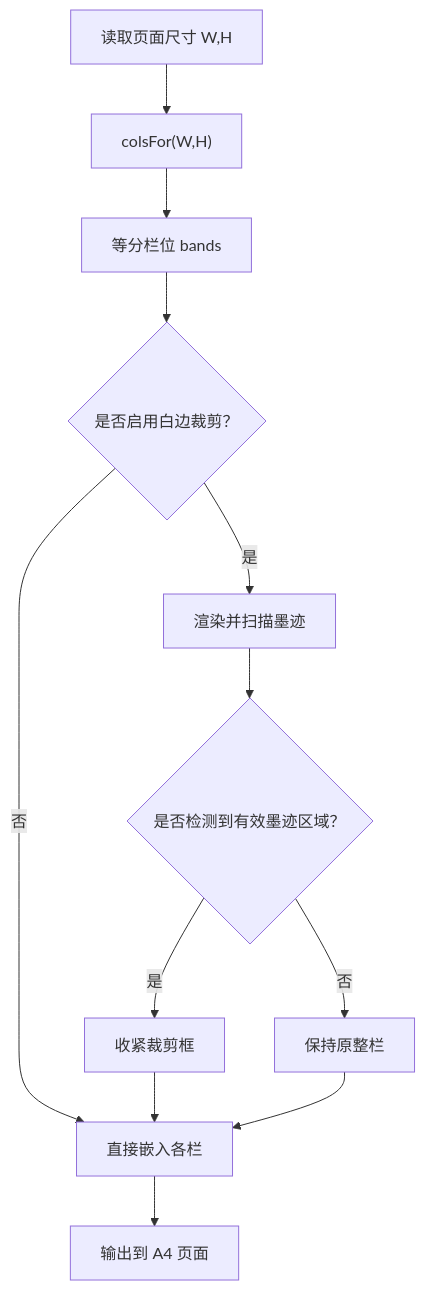
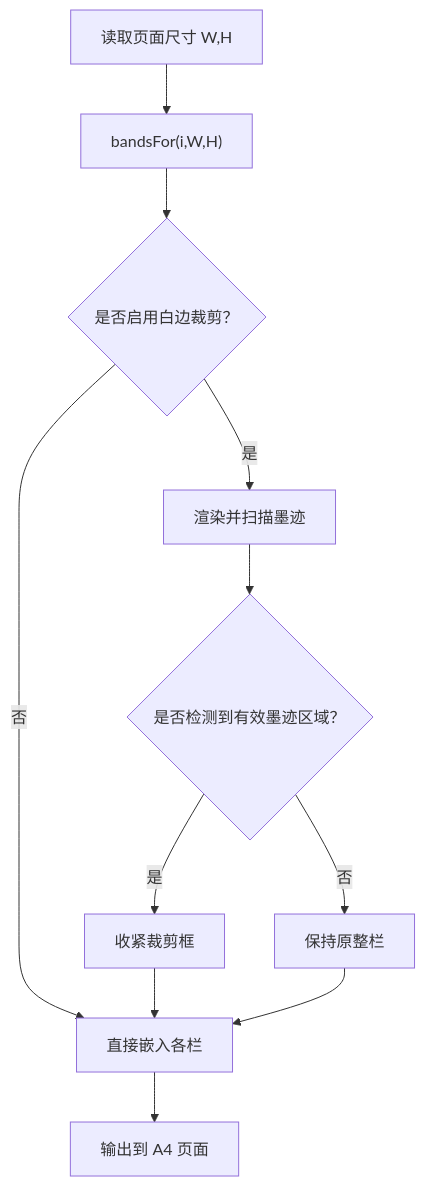
One commit to wzh8080/PDFTools changed the eighth of 9 diagrams in .qoder/repowiki/zh/content/PDF处理引擎/智能栏数识别.md. Above: the diagram before and after it, drawn with Mermaid. The commit also changed other lines of this file and 29 other files, not shown here.

````diff
--- a/.qoder/repowiki/zh/content/PDF处理引擎/智能栏数识别.md
+++ b/.qoder/repowiki/zh/content/PDF处理引擎/智能栏数识别.md
@@ -243,14 +383,13 @@
 ```mermaid
 flowchart TD
-PageStart["读取页面尺寸 W,H"] --> Cols["colsFor(W,H)"]
-Cols --> Bands["等分栏位 bands"]
+PageStart["读取页面尺寸 W,H"] --> Bands["bandsFor(i,W,H)"]
 Bands --> TrimCheck{"是否启用白边裁剪？"}
 TrimCheck --> |否| Embed["直接嵌入各栏"]
 TrimCheck --> |是| Scan["渲染并扫描墨迹"]
 Scan --> Valid{"是否检测到有效墨迹区域？"}
 Valid --> |是| Adjust["收紧裁剪框"]
 Valid --> |否| Keep["保持原整栏"]
 Adjust --> Embed
 Keep --> Embed
 Embed --> Output["输出到 A4 页面"]
 ```
````
